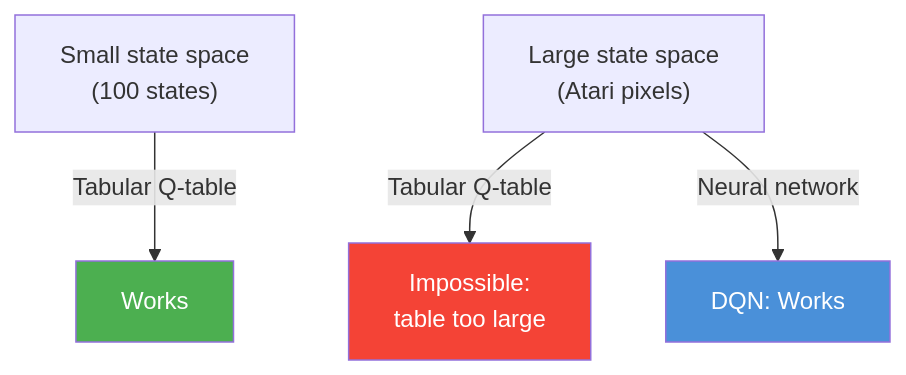
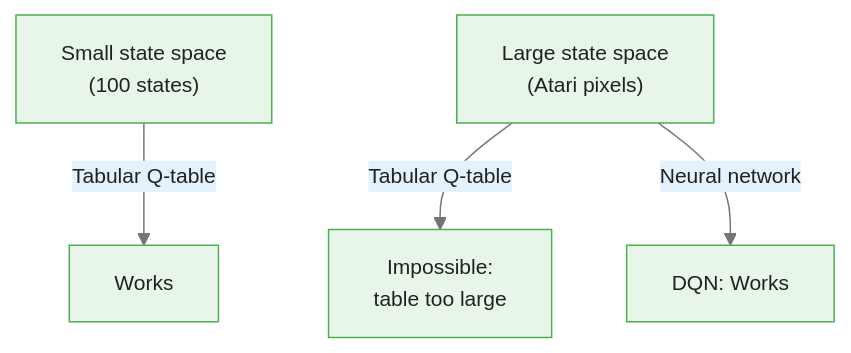
One commit to m-deane/course-creator changed the first of 4 diagrams in courses/reinforcement-learning/modules/module_05_deep_rl/guides/01_dqn_slides.md. Above: the diagram before and after it, drawn with Mermaid. The commit also changed other lines of this file and 131 other files, not shown here.

````diff
--- a/courses/reinforcement-learning/modules/module_05_deep_rl/guides/01_dqn_slides.md
+++ b/courses/reinforcement-learning/modules/module_05_deep_rl/guides/01_dqn_slides.md
@@ -45,10 +47,8 @@
 ```mermaid
+%%{init: {"theme": "base", "themeVariables": {"primaryColor": "#e8f5e9", "primaryBorderColor": "#4caf50", "primaryTextColor": "#212121", "secondaryColor": "#e3f2fd", "tertiaryColor": "#fff8e1", "lineColor": "#757575", "fontFamily": "Inter, sans-serif", "fontSize": "14px"}}}%%
 graph TB
     A["Small state space<br/>(100 states)"] -->|Tabular Q-table| B["Works"]
     C["Large state space<br/>(Atari pixels)"] -->|Tabular Q-table| D["Impossible:<br/>table too large"]
     C -->|Neural network| E["DQN: Works"]
 
-    style B fill:#4CAF50,color:#fff
-    style D fill:#F44336,color:#fff
-    style E fill:#4A90D9,color:#fff
 ```
````
